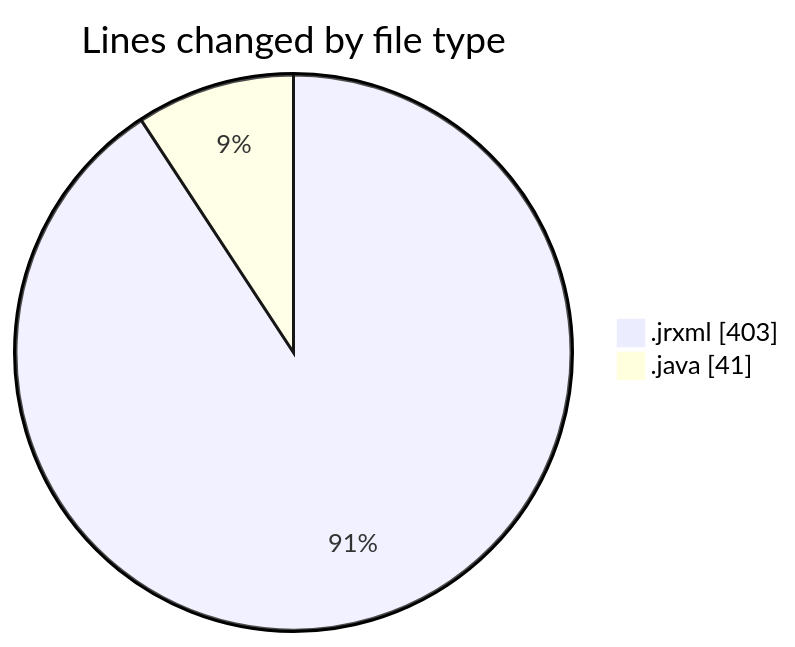
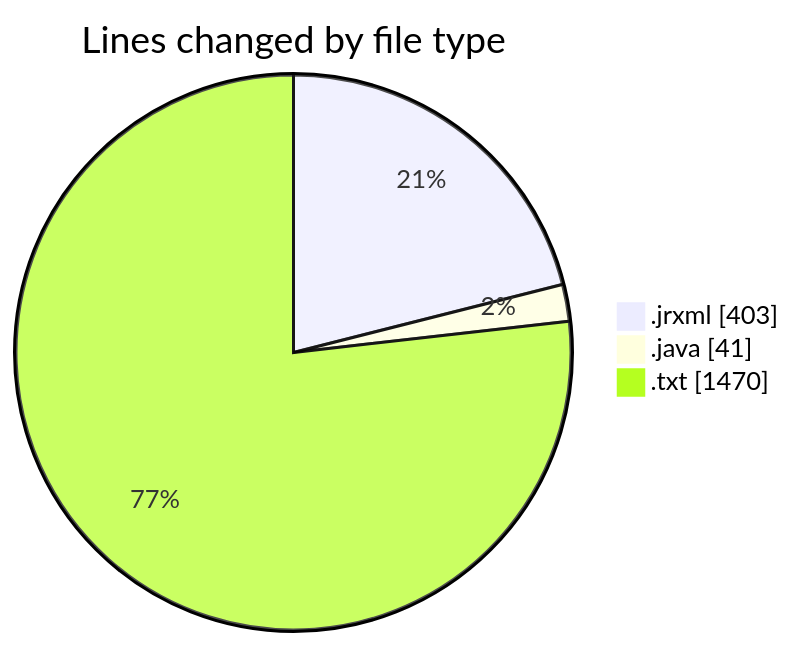
One commit to ricardozamudiocil/code-tracking changed the first of 2 diagrams in 2026-09-17/cilreports__workspace_/README.md. Above: the diagram before and after it, drawn with Mermaid. The commit also changed other lines of this file and 2 other files, not shown here.

````diff
--- a/2026-09-17/cilreports__workspace_/README.md
+++ b/2026-09-17/cilreports__workspace_/README.md
@@ -22,6 +23,7 @@
 ```mermaid
 pie showData
 title Lines changed by file type
 ".jrxml" : 403
 ".java" : 41
+".txt" : 1470
 ```
````
